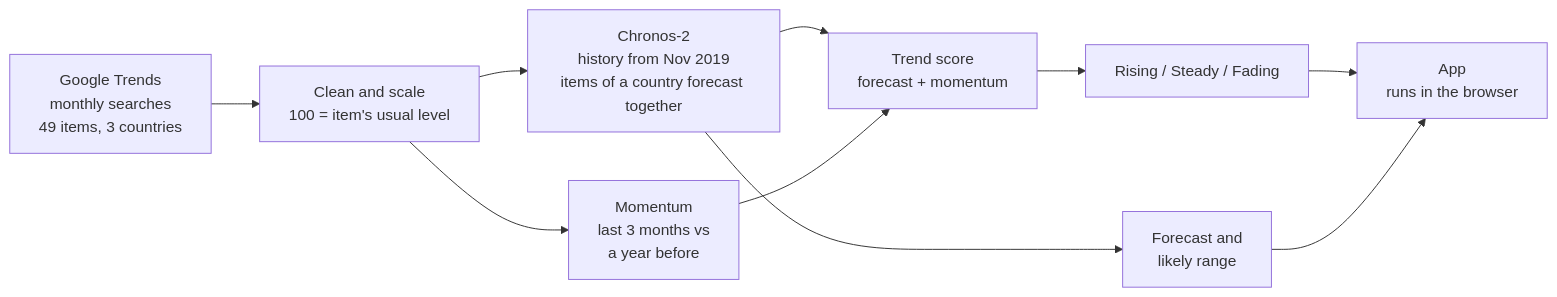
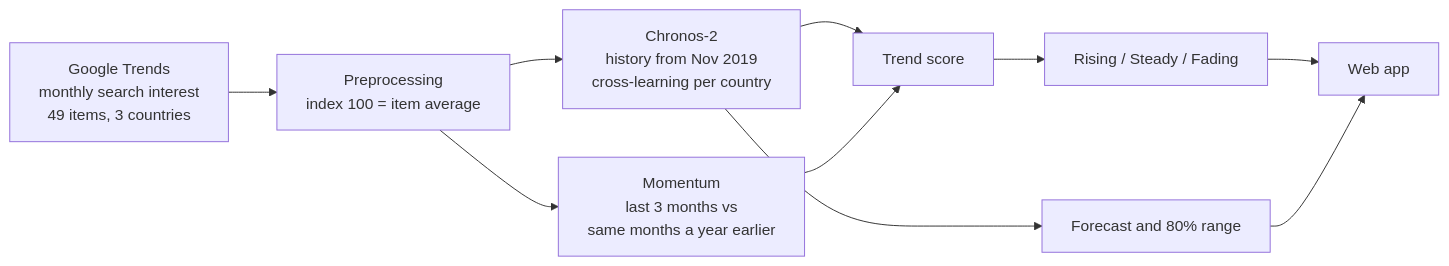
Before and after one commit to GauravMittal06/fashion_predictor: the diagram in README.md, drawn with Mermaid. The commit also changed other lines of this file and 9 other files, not shown here.

````diff
--- a/README.md
+++ b/README.md
@@ -47,12 +45,12 @@
 ```mermaid
 flowchart LR
-    A[Google Trends<br/>monthly searches<br/>49 items, 3 countries] --> B[Clean and scale<br/>100 = item's usual level]
-    B --> C[Chronos-2<br/>history from Nov 2019<br/>items of a country forecast together]
-    B --> D[Momentum<br/>last 3 months vs<br/>a year before]
-    C --> E[Trend score<br/>forecast + momentum]
+    A[Google Trends<br/>monthly search interest<br/>49 items, 3 countries] --> B[Preprocessing<br/>index 100 = item average]
+    B --> C[Chronos-2<br/>history from Nov 2019<br/>cross-learning per country]
+    B --> D[Momentum<br/>last 3 months vs<br/>same months a year earlier]
+    C --> E[Trend score]
     D --> E
     E --> F[Rising / Steady / Fading]
-    C --> G[Forecast and<br/>likely range]
-    F --> H[App<br/>runs in the browser]
+    C --> G[Forecast and 80% range]
+    F --> H[Web app]
     G --> H
 ```
````
